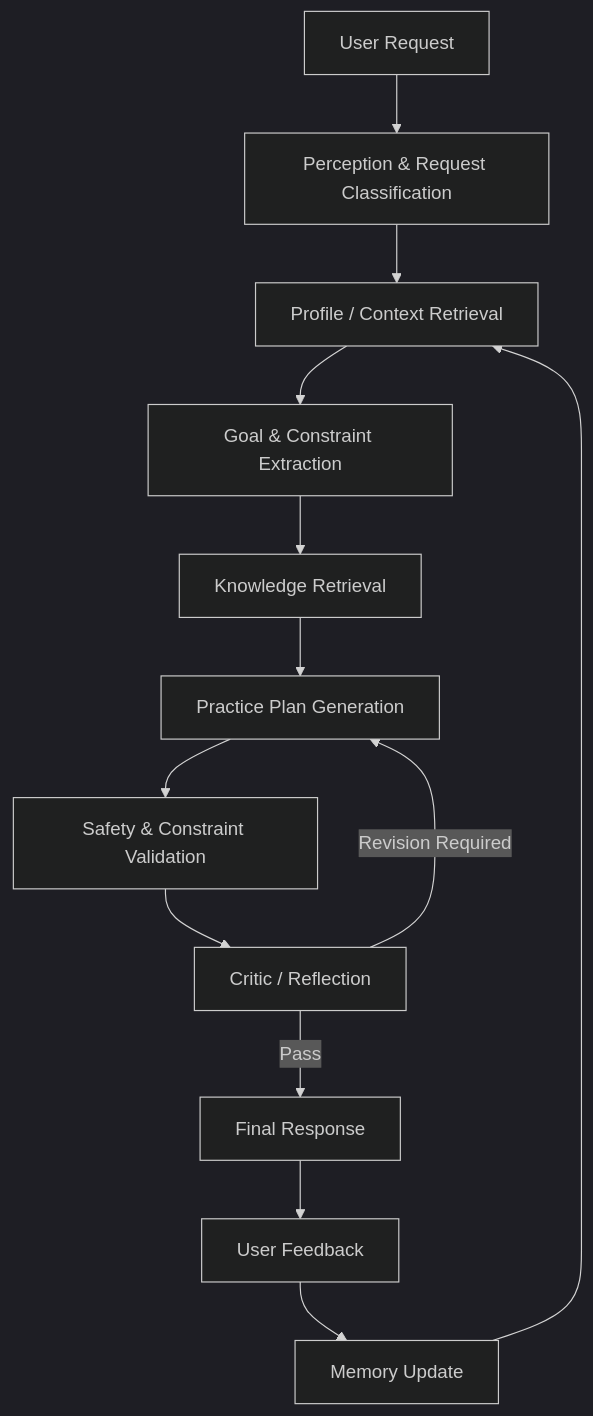
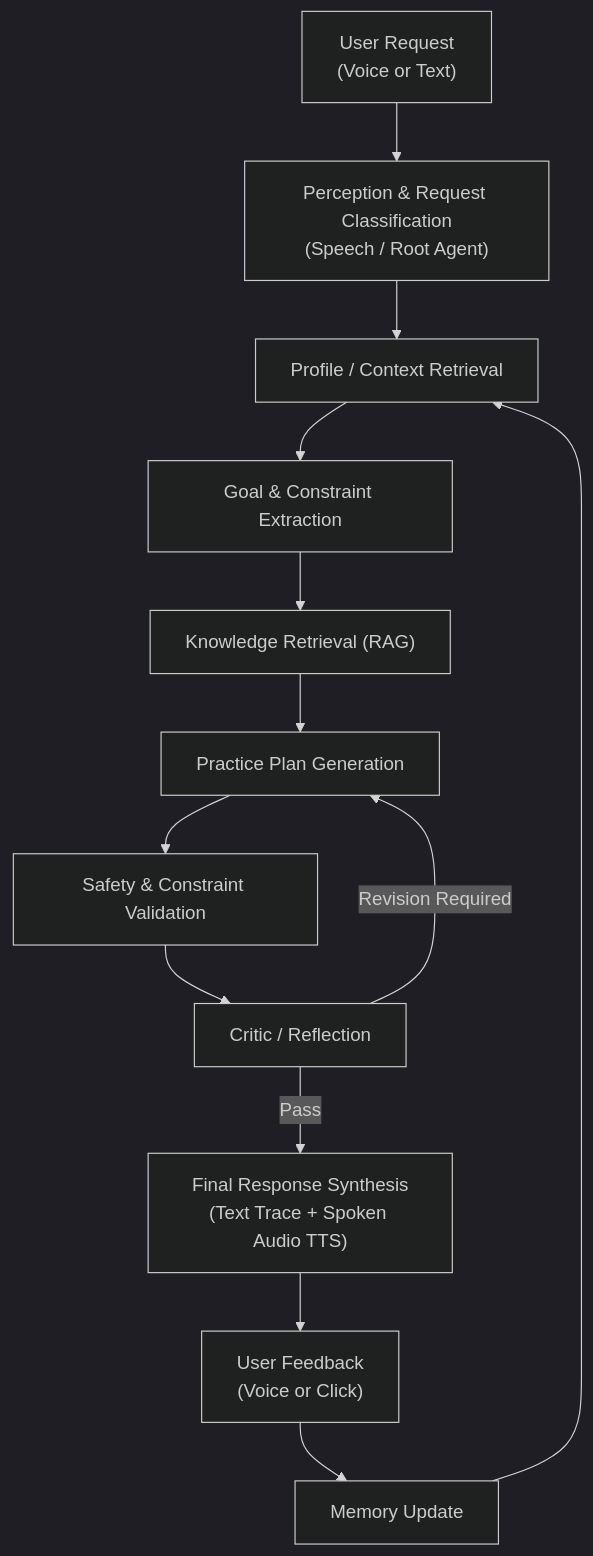
Before and after one commit to ojhaprathmesh/YogaSutra_Repo: the sixth of 31 diagrams in PLAN.md, drawn with Mermaid (dark theme). The commit also changed other lines of this file, not shown here.

Commit message:
docs(plan): update PLAN.md with multimodal roadmap and mark phase-1 definition of done

````diff
--- a/PLAN.md
+++ b/PLAN.md
@@ -460,17 +530,17 @@
 ``` mermaid
 flowchart TD
-    A["User Request"] --> B["Perception & Request Classification"]
+    A["User Request\n(Voice or Text)"] --> B["Perception & Request Classification\n(Speech / Root Agent)"]
     B --> C["Profile / Context Retrieval"]
     C --> D["Goal & Constraint Extraction"]
-    D --> E["Knowledge Retrieval"]
+    D --> E["Knowledge Retrieval (RAG)"]
     E --> F["Practice Plan Generation"]
     F --> G["Safety & Constraint Validation"]
     G --> H["Critic / Reflection"]
 
-    H -->|Pass| I["Final Response"]
+    H -->|Pass| I["Final Response Synthesis\n(Text Trace + Spoken Audio TTS)"]
     H -->|Revision Required| F
 
-    I --> J["User Feedback"]
+    I --> J["User Feedback\n(Voice or Click)"]
     J --> K["Memory Update"]
     K --> C
 ```
````
